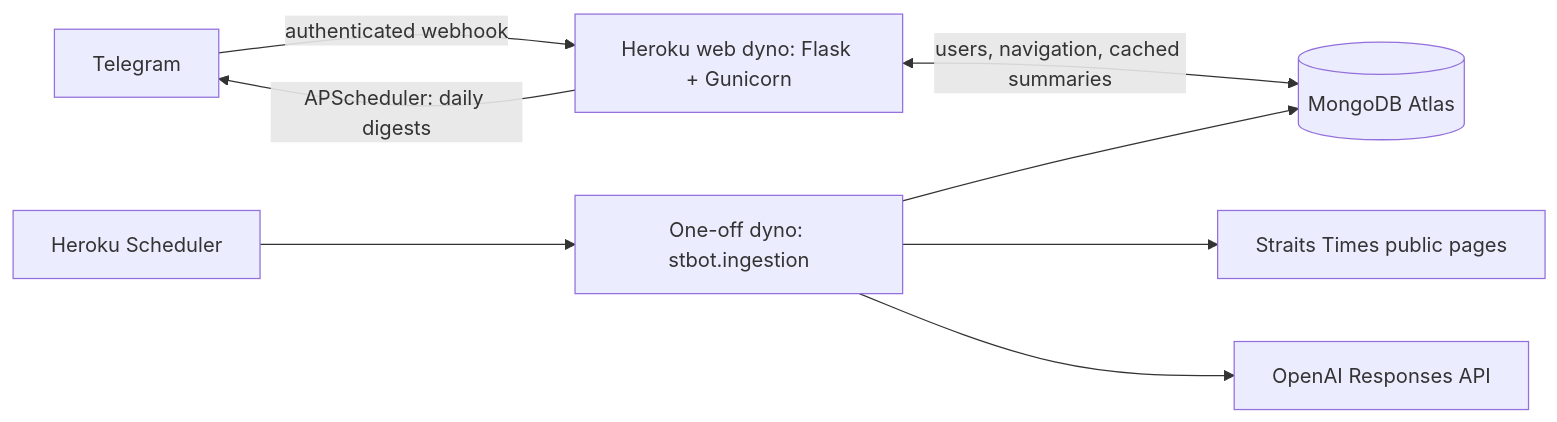
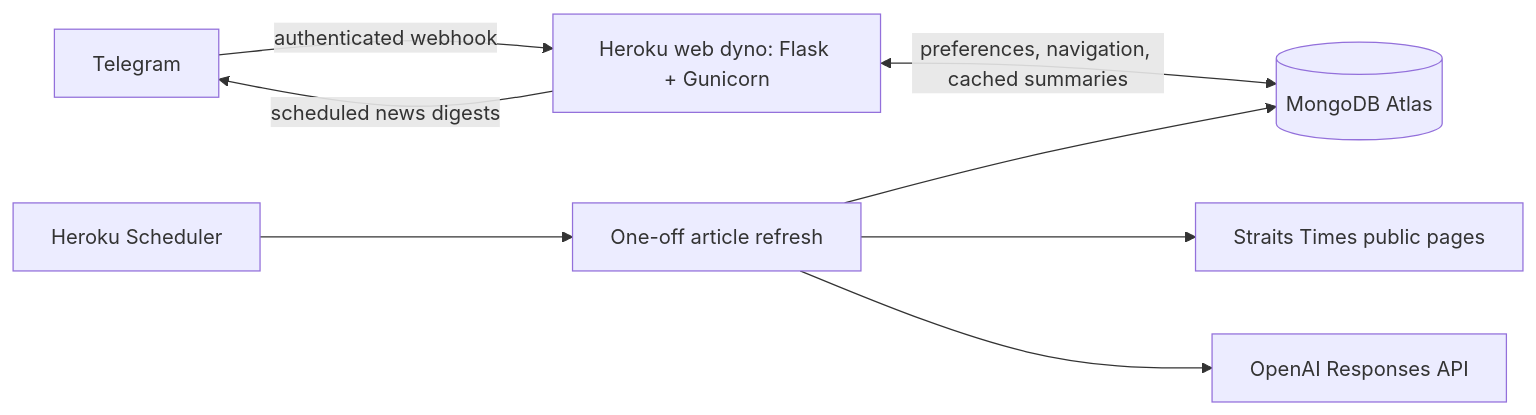
One commit to benchiatc/STBot-public changed the diagram in README.md. Above: the diagram before and after it, drawn with Mermaid. The commit also changed other lines of this file, not shown here.

````diff
--- a/README.md
+++ b/README.md
@@ -9,10 +51,10 @@
 ```mermaid
 flowchart LR
     Telegram -->|authenticated webhook| Web[Heroku web dyno: Flask + Gunicorn]
-    Web <-->|users, navigation, cached summaries| Mongo[(MongoDB Atlas)]
-    Web -->|APScheduler: daily digests| Telegram
-    Scheduler[Heroku Scheduler] --> Scraper[One-off dyno: stbot.ingestion]
+    Web <-->|preferences, navigation, cached summaries| Mongo[(MongoDB Atlas)]
+    Web -->|scheduled news digests| Telegram
+    Scheduler[Heroku Scheduler] --> Scraper[One-off article refresh]
     Scraper --> ST[Straits Times public pages]
     Scraper --> OpenAI[OpenAI Responses API]
     Scraper --> Mongo
 ```
````
